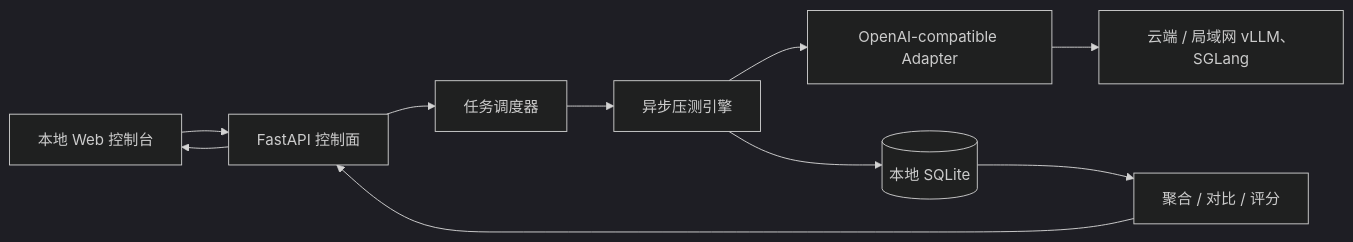
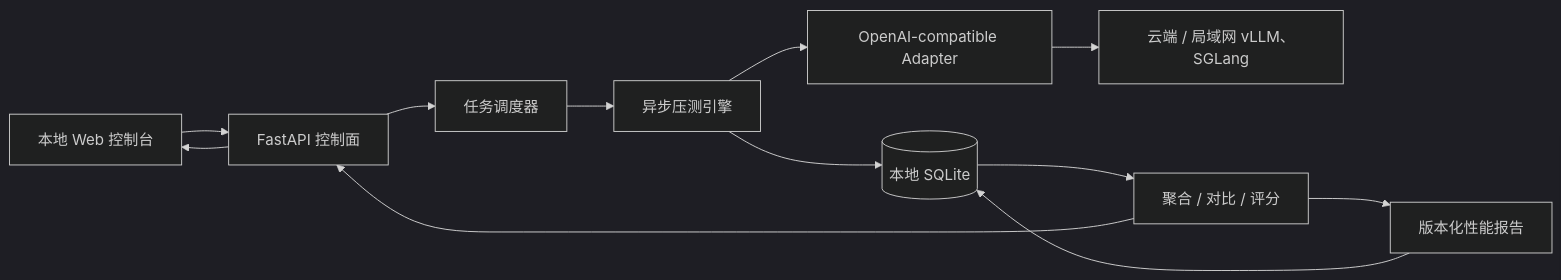
One commit to Yuki-0215/inferbench changed the first of 2 diagrams in ARCHITECTURE.md. Above: the diagram before and after it, drawn with Mermaid (dark theme). The commit also changed other lines of this file and 20 other files, not shown here.

````diff
--- a/ARCHITECTURE.md
+++ b/ARCHITECTURE.md
@@ -7,12 +7,14 @@
 ```mermaid
 flowchart LR
     UI["本地 Web 控制台"] --> API["FastAPI 控制面"]
     API --> Scheduler["任务调度器"]
     Scheduler --> Engine["异步压测引擎"]
     Engine --> Adapter["OpenAI-compatible Adapter"]
     Adapter --> Cloud["云端 / 局域网 vLLM、SGLang"]
     Engine --> DB[("本地 SQLite")]
     DB --> Analysis["聚合 / 对比 / 评分"]
+    Analysis --> Report["版本化性能报告"]
+    Report --> DB
     Analysis --> API
     API --> UI
 ```
````
